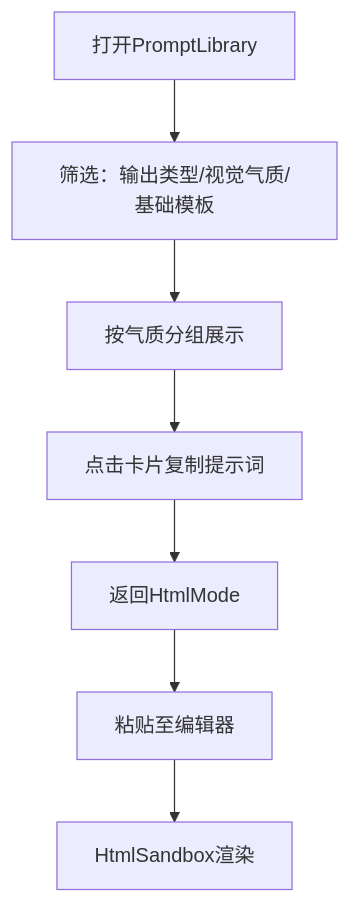
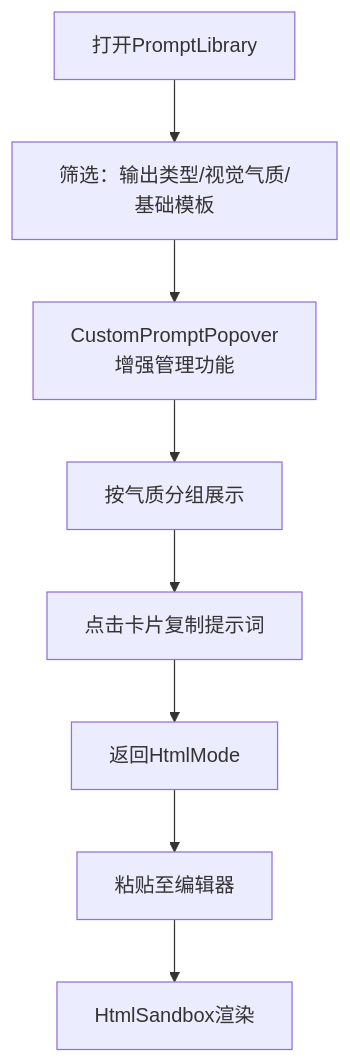
One commit to ZhongXiandou/markdown2view changed the fifth of 8 diagrams in .qoder/repowiki/zh/content/编辑模式系统/HTML可视化编辑模式.md. Above: the diagram before and after it, drawn with Mermaid. The commit also changed other lines of this file and 35 other files, not shown here.

````diff
--- a/.qoder/repowiki/zh/content/编辑模式系统/HTML可视化编辑模式.md
+++ b/.qoder/repowiki/zh/content/编辑模式系统/HTML可视化编辑模式.md
@@ -231,9 +360,10 @@
 ```mermaid
 flowchart TD
 Open["打开PromptLibrary"] --> Filter["筛选：输出类型/视觉气质/基础模板"]
-Filter --> Group["按气质分组展示"]
+Filter --> CustomInt["CustomPromptPopover<br/>增强管理功能"]
+CustomInt --> Group["按气质分组展示"]
 Group --> Copy["点击卡片复制提示词"]
 Copy --> Back["返回HtmlMode"]
 Back --> Paste["粘贴至编辑器"]
 Paste --> Preview["HtmlSandbox渲染"]
 ```
````
